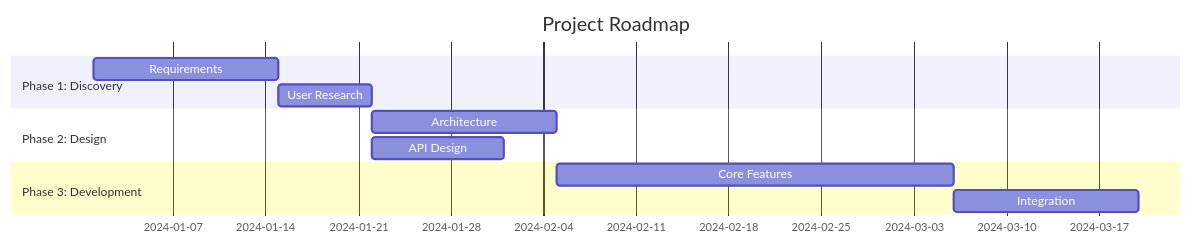
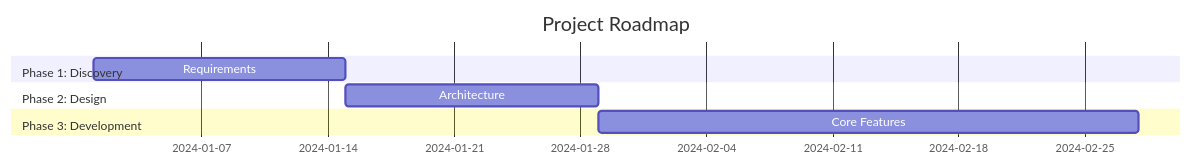
Before and after one commit to jaodsilv/claudius: the diagram in planner.claude/skills/roadmapping/SKILL.md, drawn with Mermaid. The commit also changed other lines of this file and 118 other files, not shown here.

````diff
--- a/planner.claude/skills/roadmapping/SKILL.md
+++ b/planner.claude/skills/roadmapping/SKILL.md
@@ -258,17 +68,14 @@
 ```mermaid
 gantt
     title Project Roadmap
     dateFormat YYYY-MM-DD
 
     section Phase 1: Discovery
     Requirements     :a1, 2024-01-01, 14d
-    User Research    :a2, after a1, 7d
 
     section Phase 2: Design
-    Architecture     :b1, after a2, 14d
-    API Design       :b2, after a2, 10d
+    Architecture     :b1, after a1, 14d
 
     section Phase 3: Development
     Core Features    :c1, after b1, 30d
-    Integration      :c2, after c1, 14d
 ```
````
